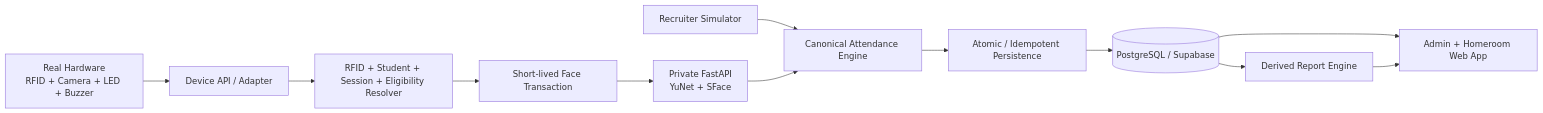
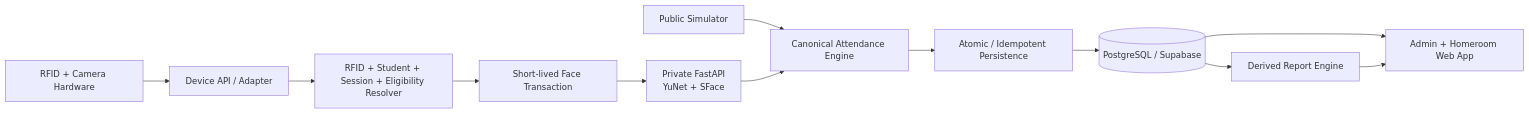
One commit to nafisajuliansahsaputra/attendance-system changed the diagram in README.md. Above: the diagram before and after it, drawn with Mermaid. The commit also changed other lines of this file, not shown here.

Commit message:
docs: make attendance repository recruiter-ready

````diff
--- a/README.md
+++ b/README.md
@@ -13,14 +50,14 @@
 ```mermaid
 flowchart LR
-    H[Real Hardware\nRFID + Camera + LED + Buzzer] --> G[Device API / Adapter]
-    S[Recruiter Simulator] --> A[Canonical Attendance Engine]
+    H[RFID + Camera Hardware] --> G[Device API / Adapter]
+    S[Public Simulator] --> A[Canonical Attendance Engine]
     G --> C[RFID + Student + Session + Eligibility Resolver]
     C --> V[Short-lived Face Transaction]
     V --> F[Private FastAPI\nYuNet + SFace]
     F --> A
     A --> P[Atomic / Idempotent Persistence]
     P --> D[(PostgreSQL / Supabase)]
     D --> T[Admin + Homeroom Web App]
     D --> R[Derived Report Engine]
     R --> T
 ```
````
